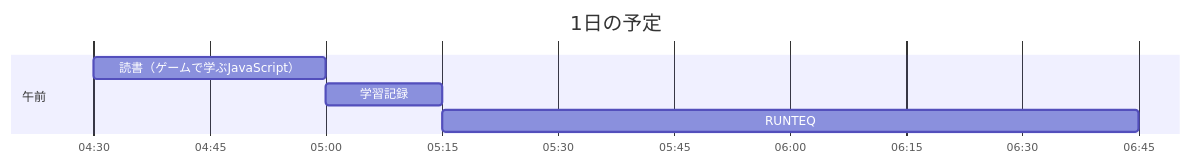
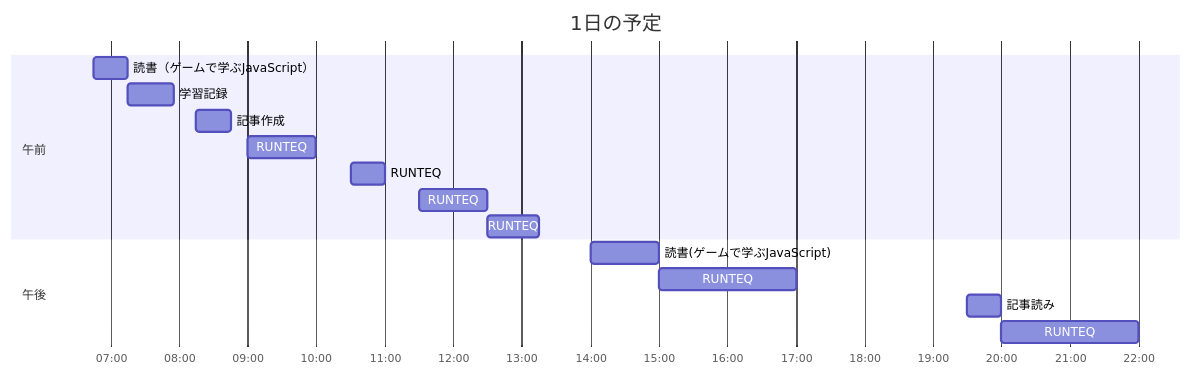
One commit to liverpl1920/TIL_Today_I_Learned changed the diagram in 2025-12/2025-12-13.md. Above: the diagram before and after it, drawn with Mermaid. The commit also changed other lines of this file, not shown here.

````diff
--- a/2025-12/2025-12-13.md
+++ b/2025-12/2025-12-13.md
@@ -19,15 +19,21 @@
 ```mermaid
 gantt
     title 1日の予定
     dateFormat  HH:mm
     axisFormat  %H:%M
 
     section 午前
-    読書（ゲームで学ぶJavaScript）              :  task2, 04:30, 30m
-    学習記録                  :         task3, 05:00, 15m
-    RUNTEQ               :         task6, 05:15, 90m
+    読書（ゲームで学ぶJavaScript）              :  task2, 06:45, 30m
+    学習記録                  :         task3, 07:15, 40m
+    記事作成  :         task3, 08:15, 30m
+    RUNTEQ               :         task5, 09:00, 60m
+    RUNTEQ               :         task5, 10:30, 30m
+    RUNTEQ               :         task6, 11:30, 60m
+    RUNTEQ               :         task5, 12:30, 45m
 
     section 午後
-
-    %% section 夜 %%
+    読書(ゲームで学ぶJavaScript)              :         task7, 14:00, 60m
+    RUNTEQ              :         task8, 15:00, 120m
+    記事読み              :         task9, 19:30, 30m
+    RUNTEQ              :         task8, 20:00, 120m
 ```
````
